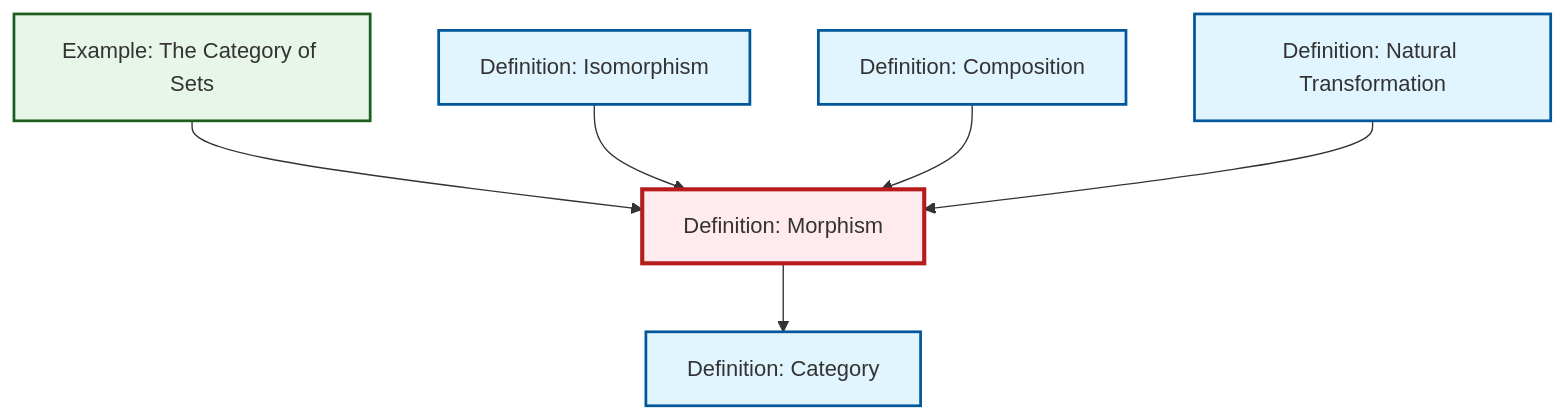
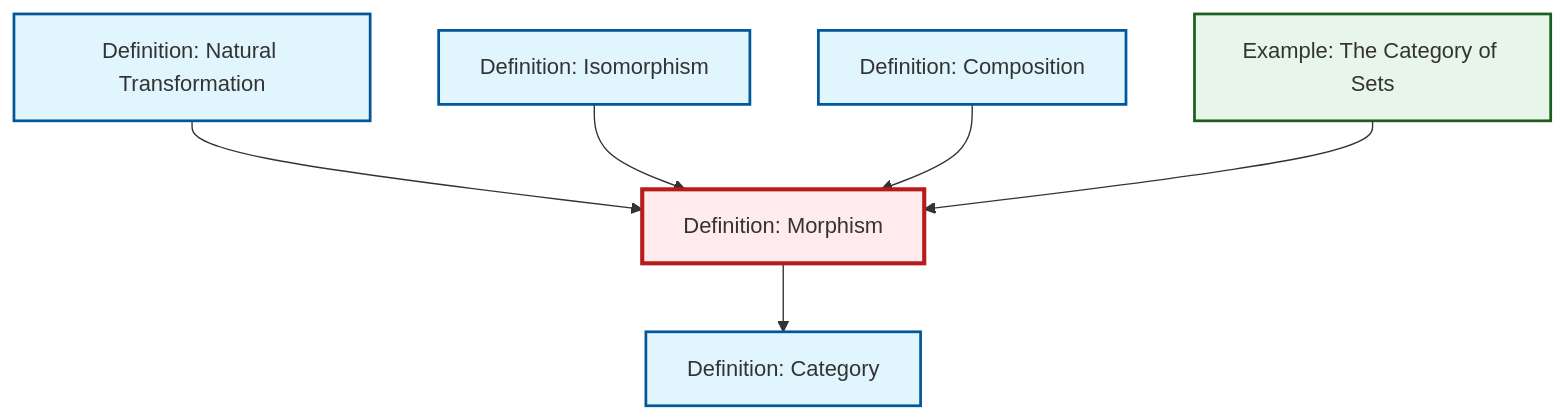
One commit to RK0429/ModernMath changed the diagram in content/en/category-theory/def-morphism.qmd. Above: the diagram before and after it, drawn with Mermaid. The commit also changed other lines of this file and 417 other files, not shown here.

````diff
--- a/content/en/category-theory/def-morphism.qmd
+++ b/content/en/category-theory/def-morphism.qmd
@@ -55,26 +55,26 @@
 ```{mermaid}
 %%| fig-cap: "Local dependency graph"
 graph TD
     classDef definition fill:#e1f5fe,stroke:#01579b,stroke-width:2px
     classDef theorem fill:#f3e5f5,stroke:#4a148c,stroke-width:2px
     classDef axiom fill:#fff3e0,stroke:#e65100,stroke-width:2px
     classDef example fill:#e8f5e9,stroke:#1b5e20,stroke-width:2px
     classDef current fill:#ffebee,stroke:#b71c1c,stroke-width:3px
+    def-natural-transformation["Definition: Natural Transformation"]:::definition
+    def-category["Definition: Category"]:::definition
+    def-morphism["Definition: Morphism"]:::definition
     def-composition["Definition: Composition"]:::definition
     def-isomorphism["Definition: Isomorphism"]:::definition
-    def-category["Definition: Category"]:::definition
     ex-set-category["Example: The Category of Sets"]:::example
-    def-morphism["Definition: Morphism"]:::definition
-    def-natural-transformation["Definition: Natural Transformation"]:::definition
-    ex-set-category --> def-morphism
-    def-morphism --> def-category
+    def-natural-transformation --> def-morphism
     def-isomorphism --> def-morphism
     def-composition --> def-morphism
-    def-natural-transformation --> def-morphism
+    def-morphism --> def-category
+    ex-set-category --> def-morphism
     class def-morphism current
+    click def-natural-transformation "def-natural-transformation.html" "Go to Natural Transformation definition"
+    click def-category "def-category.html" "Go to Category definition"
     click def-composition "def-composition.html" "Go to Composition definition"
     click def-isomorphism "def-isomorphism.html" "Go to Isomorphism definition"
-    click def-category "def-category.html" "Go to Category definition"
     click ex-set-category "ex-set-category.html" "Go to The Category of Sets example"
-    click def-natural-transformation "def-natural-transformation.html" "Go to Natural Transformation definition"
 ```
````
